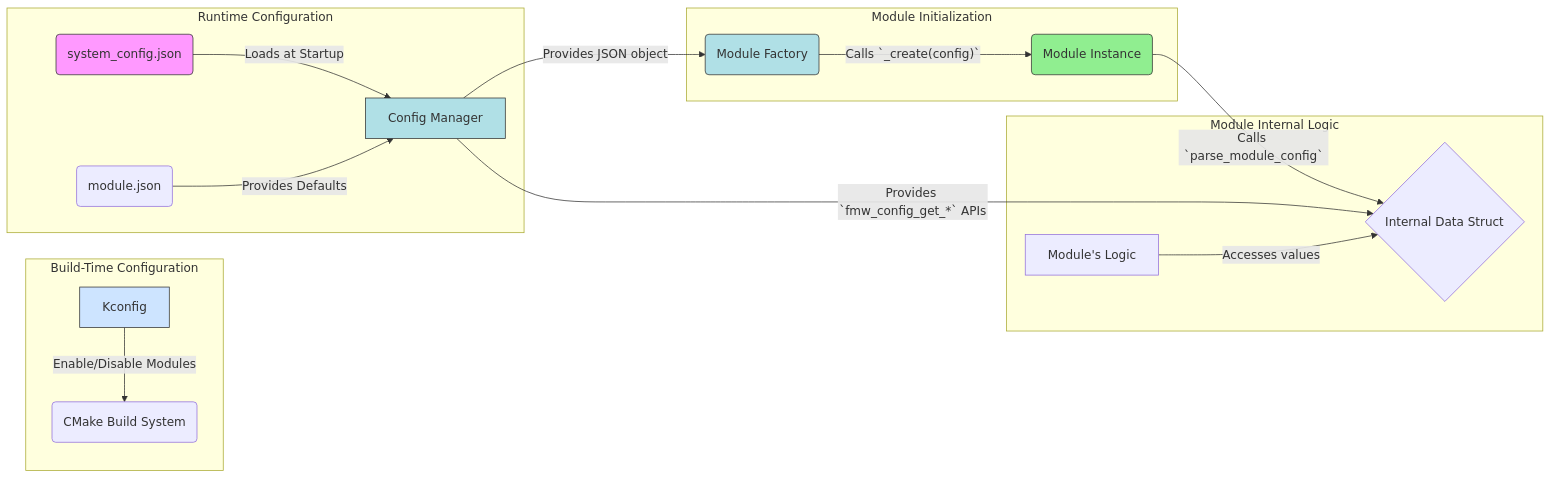
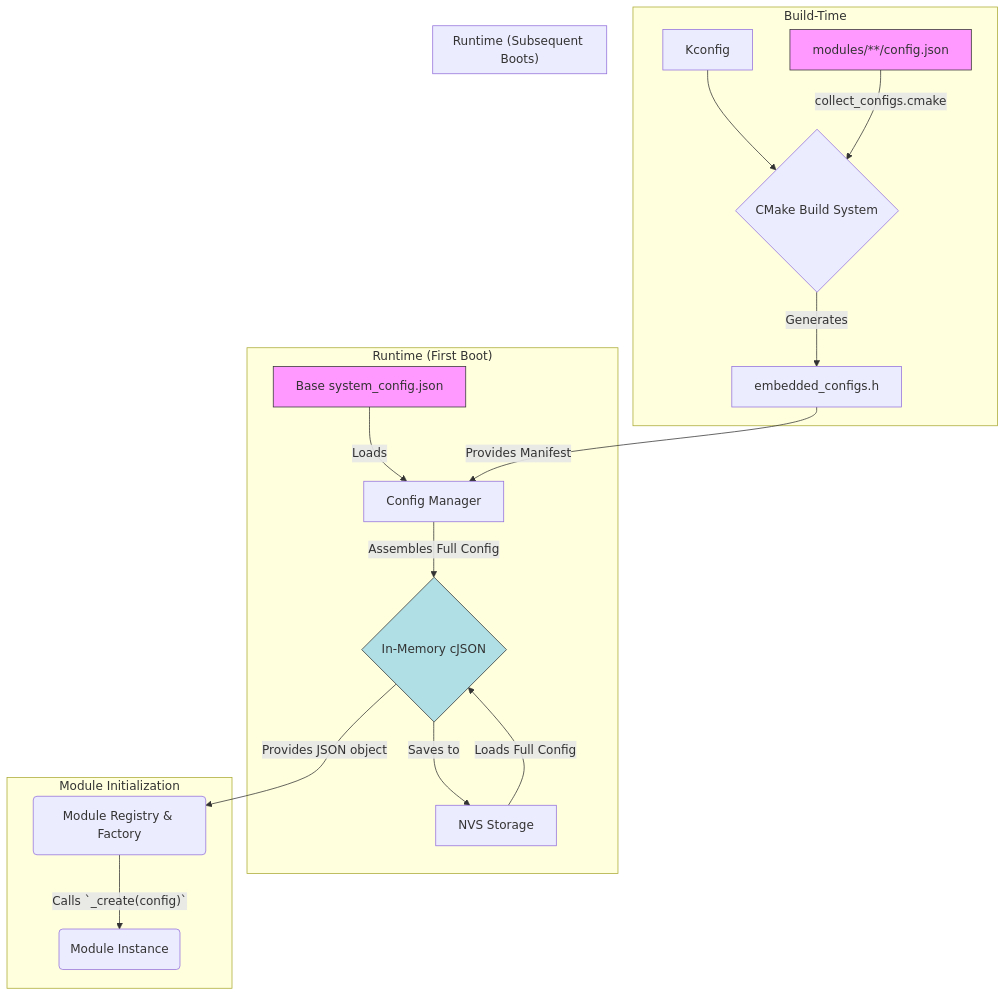
The diagram in docs/structure/configuration_flow.md (magradze/synapse), drawn with Mermaid before and after one commit. The commit also changed other lines of this file and 22 other files, not shown here.

````diff
--- a/docs/structure/configuration_flow.md
+++ b/docs/structure/configuration_flow.md
@@ -48,28 +69,28 @@
 ```mermaid
-graph LR
-    subgraph "Build-Time Configuration"
-        A[Kconfig] -- "Enable/Disable Modules" --> B(CMake Build System);
+graph TD
+    subgraph "Build-Time"
+        A[Kconfig] --> B{CMake Build System};
+        C["modules/**/config.json"] -- "collect_configs.cmake" --> B;
+        B -- "Generates" --> D[embedded_configs.h];
     end
 
-    subgraph "Runtime Configuration"
-        C(system_config.json) -- "Loads at Startup" --> D[Config Manager];
-        E(module.json) -- "Provides Defaults" --> D;
+    subgraph "Runtime (First Boot)"
+        E[Base system_config.json] -- "Loads" --> F[Config Manager];
+        D -- "Provides Manifest" --> F;
+        F -- "Assembles Full Config" --> G{In-Memory cJSON};
+        G -- "Saves to" --> H[NVS Storage];
+    end
+    
+    subgraph "Runtime (Subsequent Boots)"
+        H -- "Loads Full Config" --> G;
     end
 
     subgraph "Module Initialization"
-        D -- "Provides JSON object" --> F(Module Factory);
-        F -- "Calls `_create(config)`" --> G(Module Instance);
+        G -- "Provides JSON object" --> I(Module Registry & Factory);
+        I -- "Calls `_create(config)`" --> J(Module Instance);
     end
 
-    subgraph "Module Internal Logic"
-        G -- "Calls `parse_module_config`" --> H{Internal Data Struct};
-        D -- "Provides `fmw_config_get_*` APIs" --> H;
-        I[Module's Logic] -- "Accesses values" --> H;
-    end
-
-    style A fill:#cde4ff,stroke:#333
     style C fill:#f9f,stroke:#333
-    style D fill:#b0e0e6,stroke:#333
-    style F fill:#b0e0e6,stroke:#333
-    style G fill:#90ee90,stroke:#333
+    style E fill:#f9f,stroke:#333
+    style G fill:#b0e0e6,stroke:#333
 ```
````
